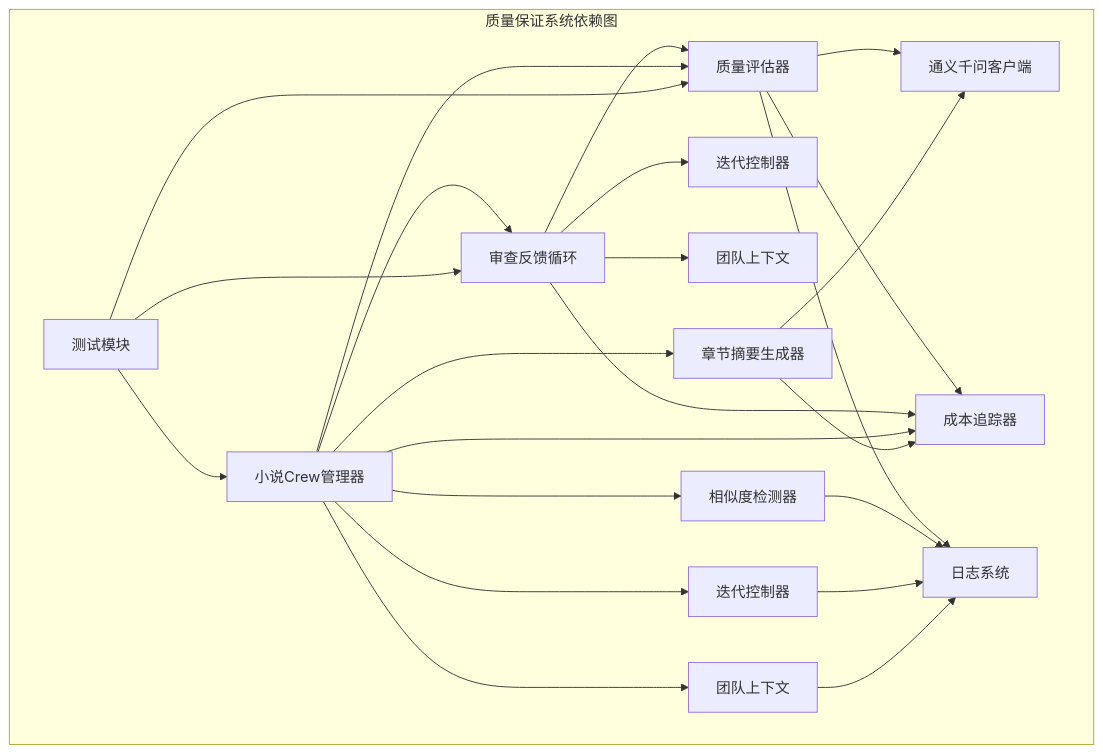
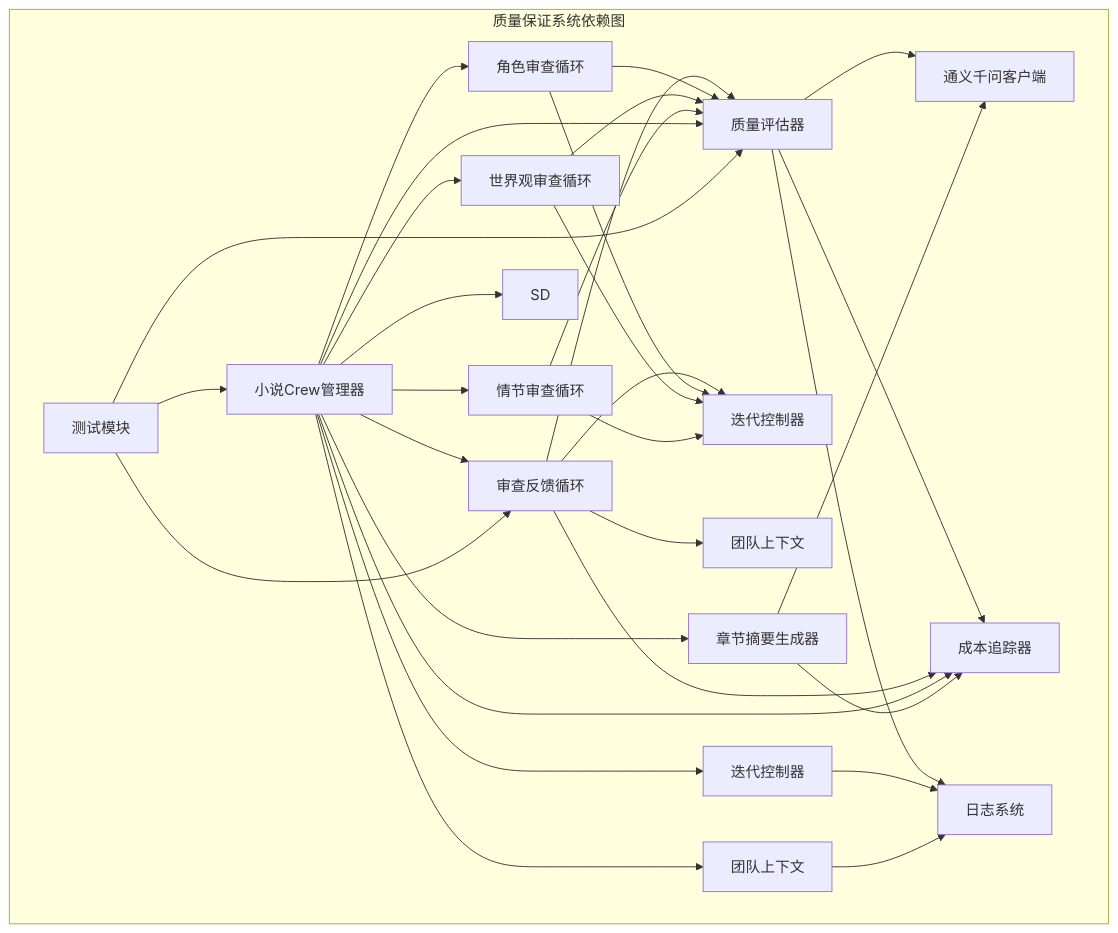
Diagram 12 of 12 in .qoder/repowiki/zh/content/AI智能体系统/质量保证系统.md (xfbyxq/ai-novel-system), drawn with Mermaid before and after one commit. The commit also changed other lines of this file and 5 other files, not shown here.

````diff
--- a/.qoder/repowiki/zh/content/AI智能体系统/质量保证系统.md
+++ b/.qoder/repowiki/zh/content/AI智能体系统/质量保证系统.md
@@ -367,27 +644,35 @@
 ```mermaid
 graph TB
 subgraph "质量保证系统依赖图"
 QE[质量评估器] --> QwenClient[通义千问客户端]
 QE --> CostTracker[成本追踪器]
 QE --> Logger[日志系统]
 RL[审查反馈循环] --> QE
 RL --> IterationController[迭代控制器]
 RL --> TeamContext[团队上下文]
 RL --> CostTracker
-SD[相似度检测器] --> Logger
+CRE[角色审查循环] --> QE
+CRE --> IterationController
+WRE[世界观审查循环] --> QE
+WRE --> IterationController
+PRE[情节审查循环] --> QE
+PRE --> IterationController
 CM[小说Crew管理器] --> QE
 CM --> RL
-CM --> SD
+CM --> CRE
+CM --> WRE
+CM --> PRE
 CM --> IC
 CM --> TC
+CM --> SD
 CM --> CSG
 CM --> CostTracker
 CSG[章节摘要生成器] --> QwenClient
 CSG --> CostTracker
 IC[迭代控制器] --> Logger
 TC[团队上下文] --> Logger
 Test[测试模块] --> CM
 Test --> QE
 Test --> RL
 end
 ```
````
